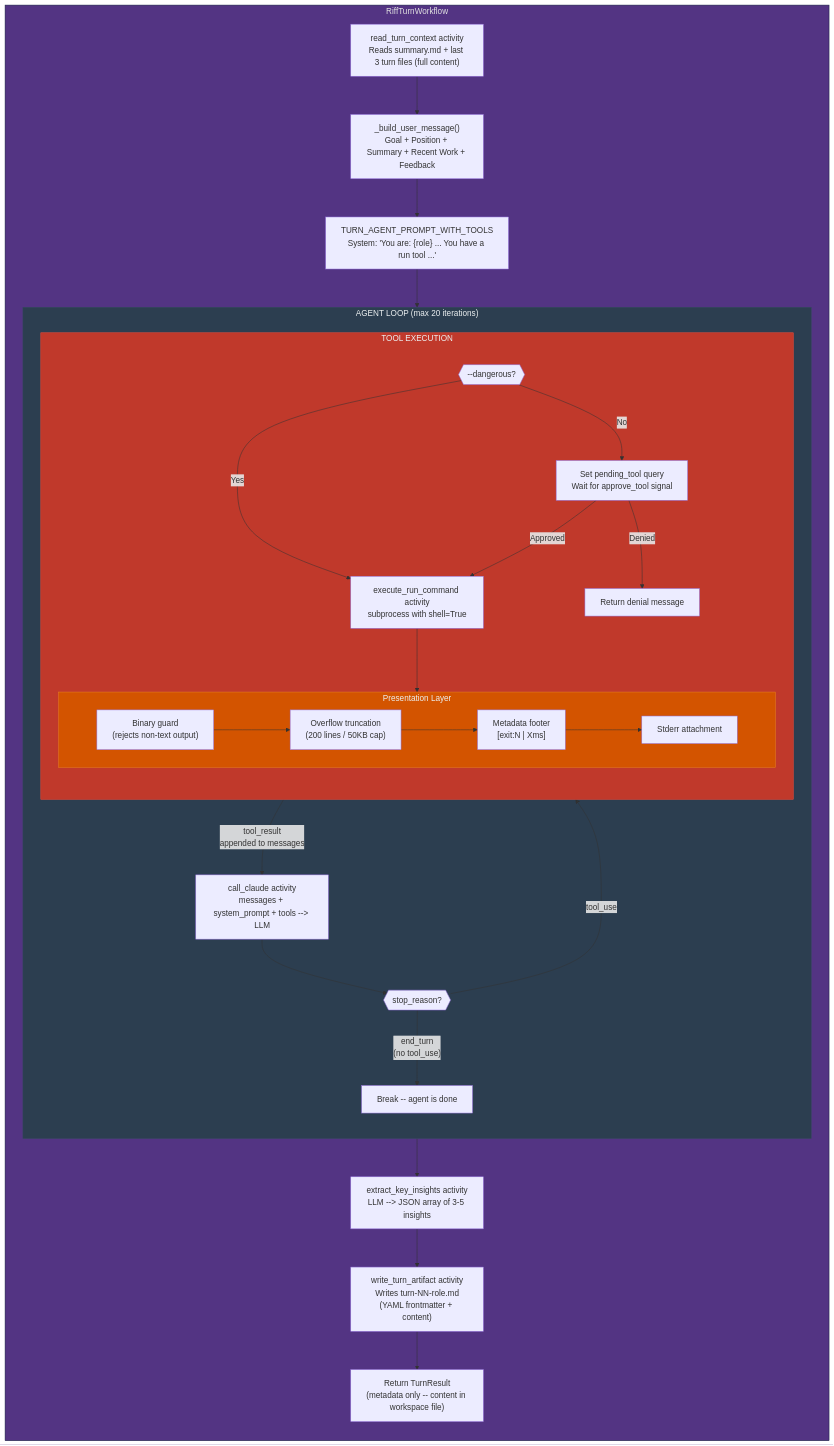
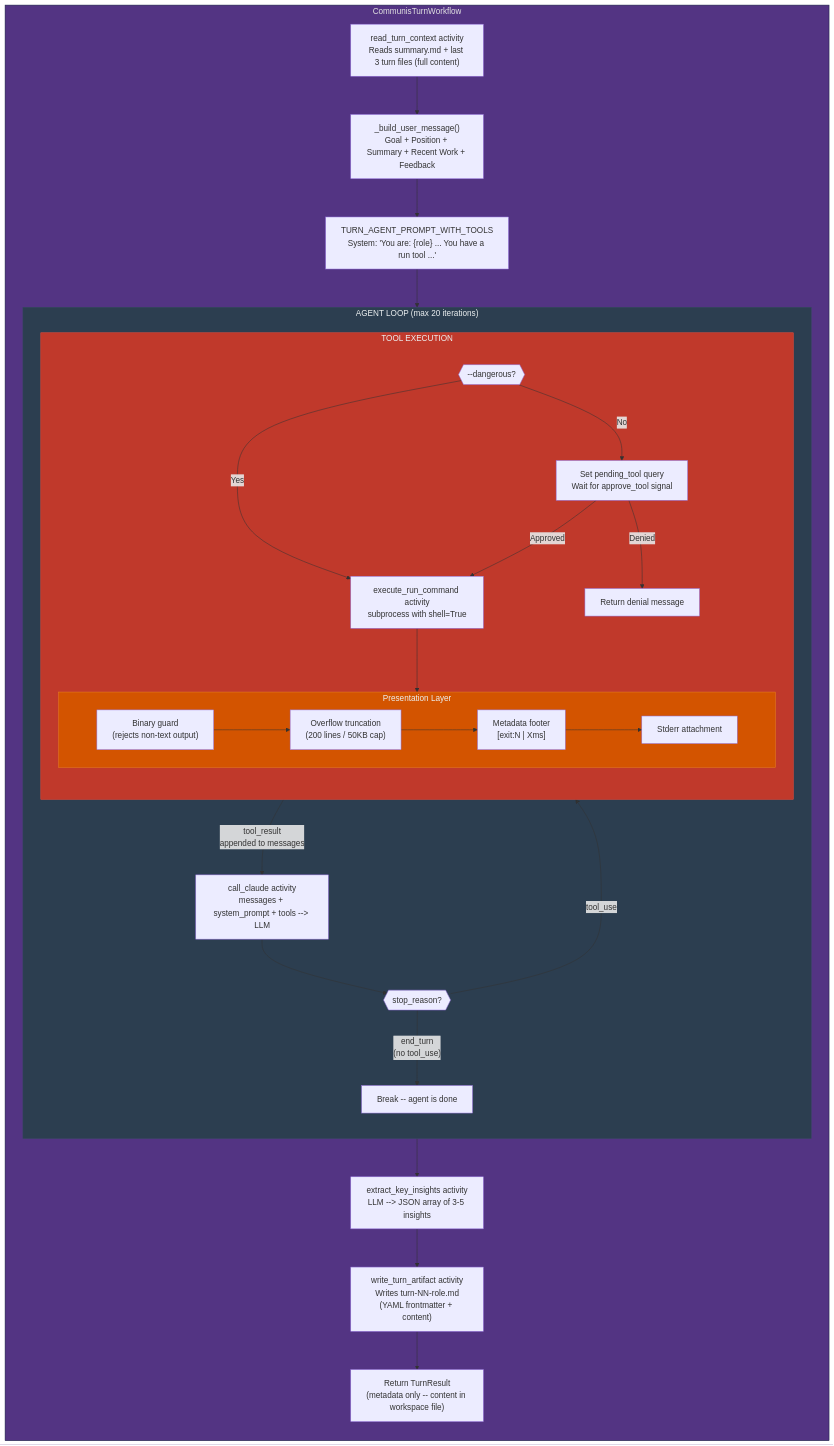
Before and after one commit to andrewjlavoie/communis-agent: the second of 6 diagrams in docs/process-diagram-b9e8516e.md, drawn with Mermaid. The commit also changed other lines of this file and 25 other files, not shown here.

First line of the commit message:
Rename project from autoRiff to communis

````diff
--- a/docs/process-diagram-b9e8516e.md
+++ b/docs/process-diagram-b9e8516e.md
@@ -82,55 +82,55 @@
 ```mermaid
 flowchart TD
-    subgraph TURN["RiffTurnWorkflow"]
+    subgraph TURN["CommunisTurnWorkflow"]
         direction TB
         RCTX["read_turn_context activity<br/>Reads summary.md + last 3 turn files (full content)"]
         BUM["_build_user_message()<br/>Goal + Position + Summary + Recent Work + Feedback"]
         SYS["TURN_AGENT_PROMPT_WITH_TOOLS<br/>System: 'You are: {role} ... You have a run tool ...'"]
 
         RCTX --> BUM --> SYS
 
         subgraph AGENT_LOOP["AGENT LOOP (max 20 iterations)"]
             direction TB
             LLM["call_claude activity<br/>messages + system_prompt + tools --> LLM"]
             CHECK{{"stop_reason?"}}
             LLM --> CHECK
 
             CHECK -->|"end_turn<br/>(no tool_use)"| DONE_LOOP["Break -- agent is done"]
             CHECK -->|"tool_use"| TOOL_PROCESS
 
             subgraph TOOL_PROCESS["TOOL EXECUTION"]
                 direction TB
                 APPROVAL{{"--dangerous?"}}
                 APPROVAL -->|Yes| EXEC["execute_run_command activity<br/>subprocess with shell=True"]
                 APPROVAL -->|No| WAIT_APPROVE["Set pending_tool query<br/>Wait for approve_tool signal"]
                 WAIT_APPROVE -->|Approved| EXEC
                 WAIT_APPROVE -->|Denied| DENIED["Return denial message"]
 
                 subgraph PRESENTATION["Presentation Layer"]
                     BINARY["Binary guard<br/>(rejects non-text output)"]
                     OVERFLOW["Overflow truncation<br/>(200 lines / 50KB cap)"]
                     FOOTER["Metadata footer<br/>[exit:N | Xms]"]
                     STDERR["Stderr attachment"]
                     BINARY --> OVERFLOW --> FOOTER --> STDERR
                 end
 
                 EXEC --> PRESENTATION
             end
 
             TOOL_PROCESS -->|"tool_result<br/>appended to messages"| LLM
         end
 
         SYS --> AGENT_LOOP
 
         EKI["extract_key_insights activity<br/>LLM --> JSON array of 3-5 insights"]
         WTA["write_turn_artifact activity<br/>Writes turn-NN-role.md<br/>(YAML frontmatter + content)"]
         RESULT["Return TurnResult<br/>(metadata only -- content in workspace file)"]
 
         DONE_LOOP --> EKI --> WTA --> RESULT
     end
 
     style TURN fill:#533483,stroke:#16213e,color:#e2e2e2
     style AGENT_LOOP fill:#2c3e50,stroke:#34495e,color:#ecf0f1
     style TOOL_PROCESS fill:#c0392b,stroke:#e74c3c,color:#ecf0f1
     style PRESENTATION fill:#d35400,stroke:#e67e22,color:#ecf0f1
 ```
````
